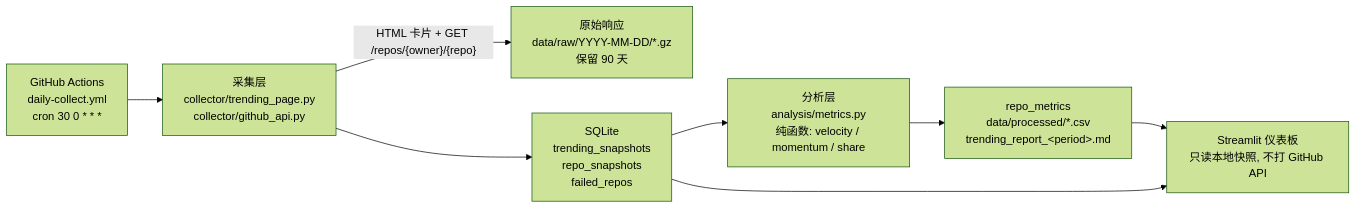
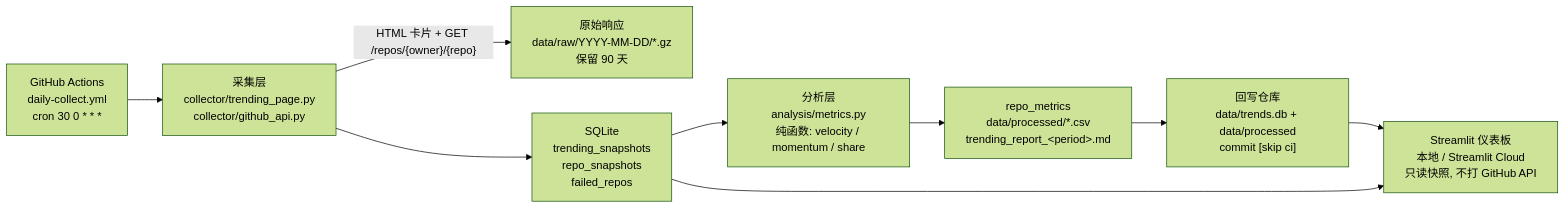
Before and after one commit to husy7/GitHub-TrendsInsight: the diagram in README.md, drawn with Mermaid (forest theme). The commit also changed other lines of this file and 3 other files, not shown here.

Commit message:
docs: rewrite README to GitHub conventions and move interview Q&A to docs

````diff
--- a/README.md
+++ b/README.md
@@ -37,10 +58,11 @@
 ```mermaid
 flowchart LR
     A["GitHub Actions<br/>daily-collect.yml<br/>cron 30 0 * * *"] --> B["采集层<br/>collector/trending_page.py<br/>collector/github_api.py"]
     B -->|"HTML 卡片 + GET /repos/{owner}/{repo}"| C["原始响应<br/>data/raw/YYYY-MM-DD/*.gz<br/>保留 90 天"]
     B --> D["SQLite<br/>trending_snapshots<br/>repo_snapshots<br/>failed_repos"]
     D --> E["分析层<br/>analysis/metrics.py<br/>纯函数: velocity / momentum / share"]
     E --> F["repo_metrics<br/>data/processed/*.csv<br/>trending_report_&lt;period&gt;.md"]
-    F --> G["Streamlit 仪表板<br/>只读本地快照, 不打 GitHub API"]
+    F --> H["回写仓库<br/>data/trends.db + data/processed<br/>commit [skip ci]"]
+    H --> G["Streamlit 仪表板<br/>本地 / Streamlit Cloud<br/>只读快照, 不打 GitHub API"]
     D --> G
 ```
````
